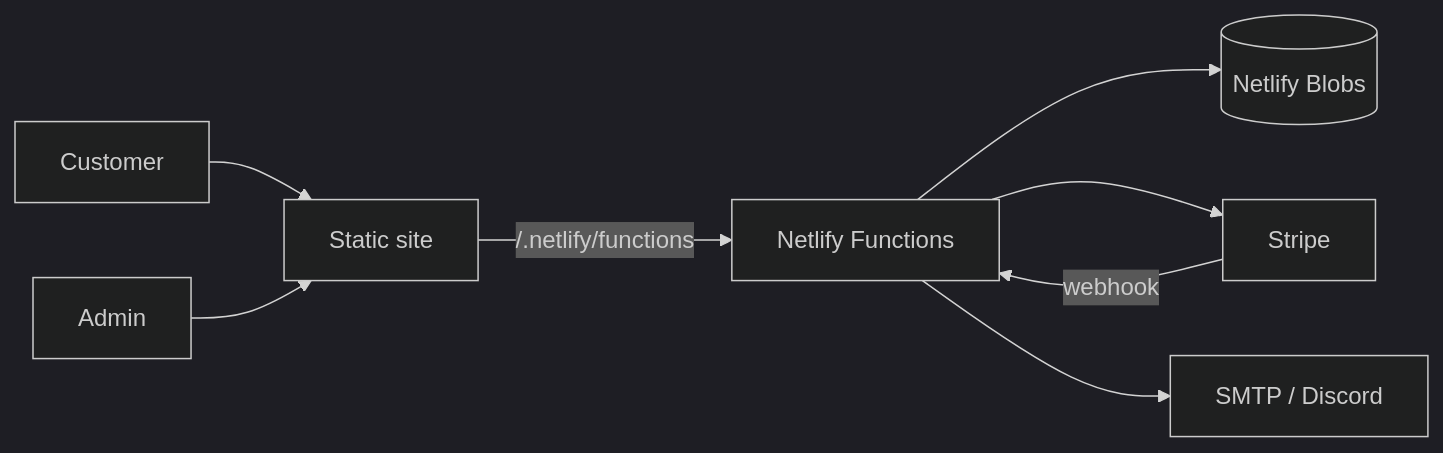
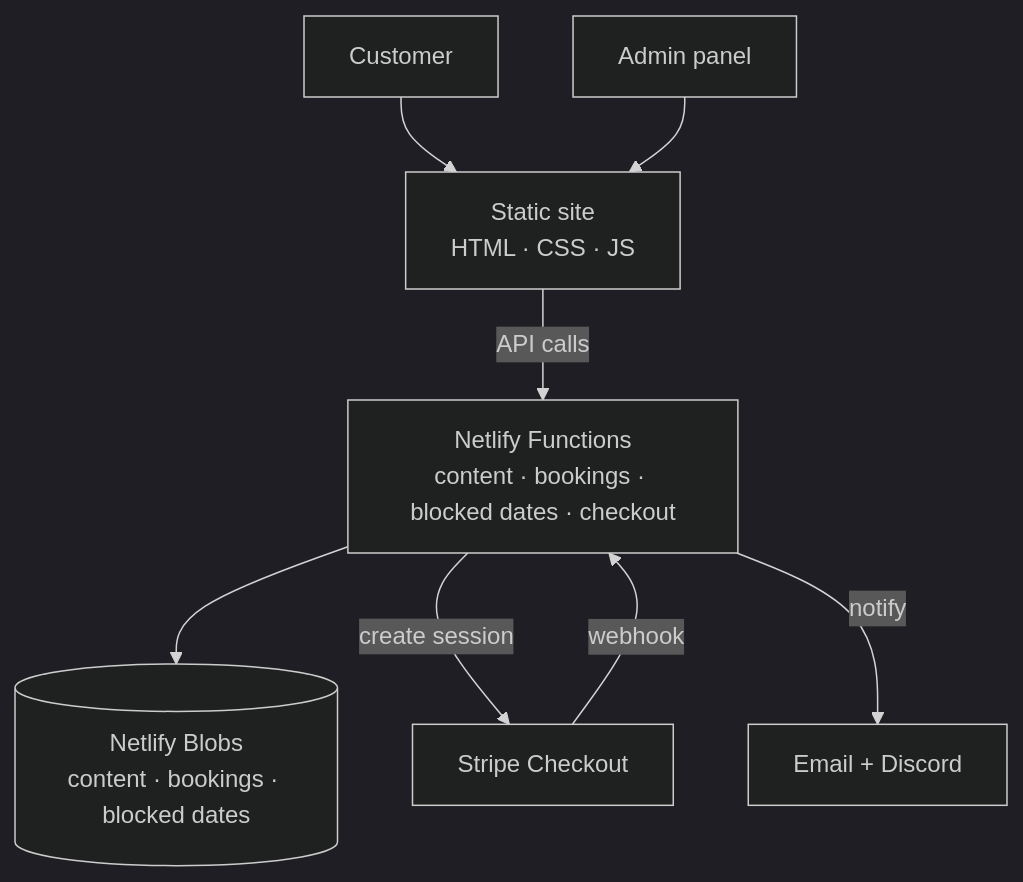
Before and after one commit to LucasDECEBAL/mainlinebounce: the diagram in README.md, drawn with Mermaid (dark theme).

Commit message:
feat: update architecture diagram for clarity and detail

````diff
--- a/README.md
+++ b/README.md
@@ -92,10 +92,10 @@
 ```mermaid
-flowchart LR
-  C[Customer] --> S[Static site]
-  A[Admin] --> S
-  S -->|/.netlify/functions| F[Netlify Functions]
-  F --> B[(Netlify Blobs)]
-  F --> P[Stripe]
-  P -->|webhook| F
-  F --> M[SMTP / Discord]
+flowchart TD
+  C["Customer"] --> S["Static site<br/>HTML · CSS · JS"]
+  A["Admin panel"] --> S
+  S -->|"API calls"| F["Netlify Functions<br/>content · bookings · blocked dates · checkout"]
+  F --> B[("Netlify Blobs<br/>content · bookings · blocked dates")]
+  F -->|"create session"| P["Stripe Checkout"]
+  P -->|"webhook"| F
+  F -->|"notify"| M["Email + Discord"]
 ```
````
